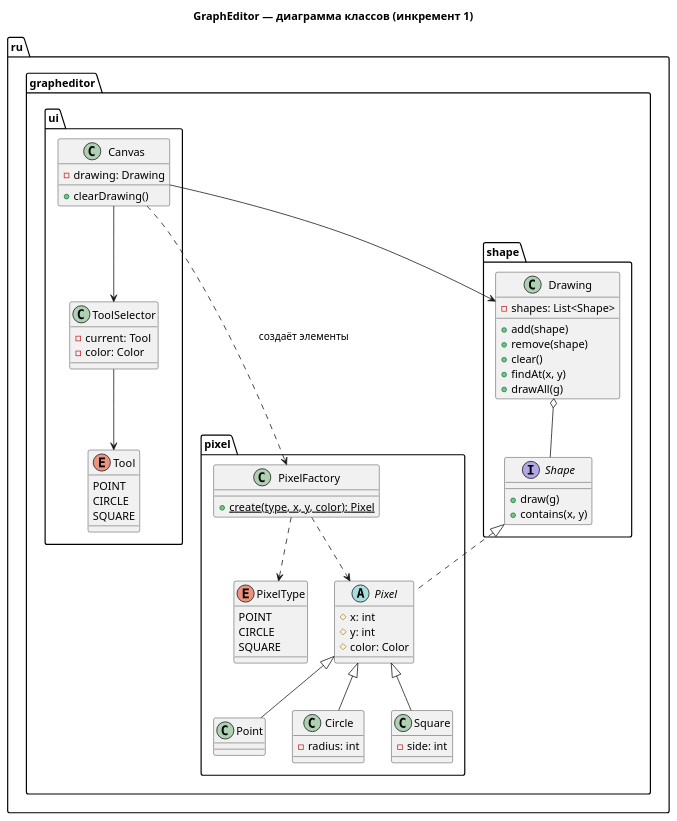
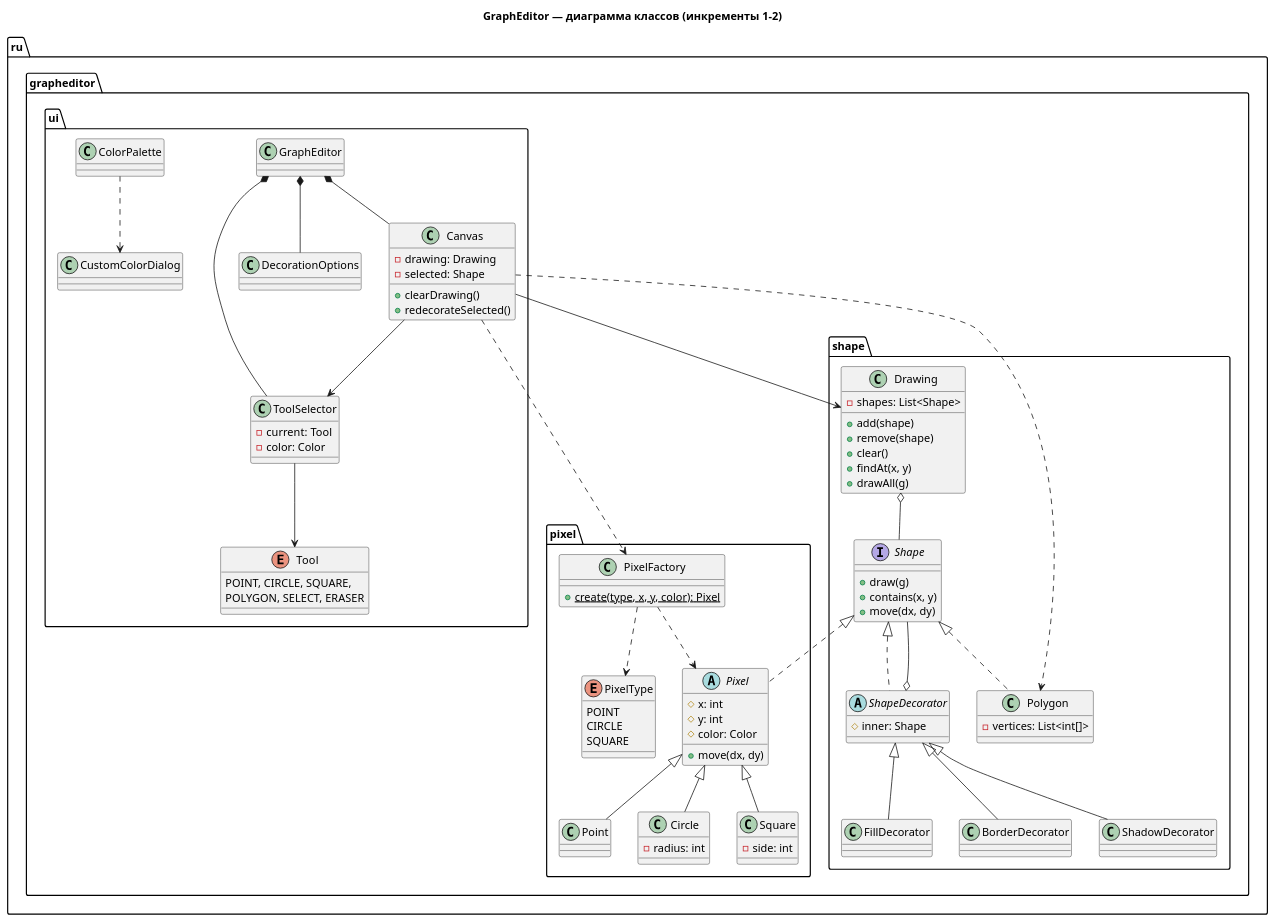
One commit to Umiqit/GraphEditor changed the diagram in docs/uml-class.puml. Above: the diagram before and after it, drawn with PlantUML. The commit also changed 5 other files, not shown here.

```diff
--- a/docs/uml-class.puml
+++ b/docs/uml-class.puml
@@ -1,71 +1,99 @@
 @startuml
-title GraphEditor — диаграмма классов (инкремент 1)
+title GraphEditor — диаграмма классов (инкременты 1–2)
 
 package ru.grapheditor.pixel {
     abstract class Pixel {
         #x: int
         #y: int
         #color: Color
+        +move(dx, dy)
     }
     class Point
     class Circle {
         -radius: int
     }
     class Square {
         -side: int
     }
     enum PixelType {
         POINT
         CIRCLE
         SQUARE
     }
     class PixelFactory {
         +{static} create(type, x, y, color): Pixel
     }
 
     Pixel <|-- Point
     Pixel <|-- Circle
     Pixel <|-- Square
     PixelFactory ..> Pixel
     PixelFactory ..> PixelType
 }
 
 package ru.grapheditor.shape {
     interface Shape {
         +draw(g)
         +contains(x, y)
+        +move(dx, dy)
     }
     class Drawing {
         -shapes: List<Shape>
         +add(shape)
         +remove(shape)
         +clear()
         +findAt(x, y)
         +drawAll(g)
     }
+    class Polygon {
+        -vertices: List<int[]>
+    }
+    abstract class ShapeDecorator {
+        #inner: Shape
+    }
+    class FillDecorator
+    class BorderDecorator
+    class ShadowDecorator
+
     Shape <|.. Pixel
+    Shape <|.. Polygon
+    Shape <|.. ShapeDecorator
+    ShapeDecorator o-- Shape
+    ShapeDecorator <|-- FillDecorator
+    ShapeDecorator <|-- BorderDecorator
+    ShapeDecorator <|-- ShadowDecorator
     Drawing o-- Shape
 }
 
 package ru.grapheditor.ui {
+    class GraphEditor
     class Canvas {
         -drawing: Drawing
+        -selected: Shape
         +clearDrawing()
+        +redecorateSelected()
     }
     class ToolSelector {
         -current: Tool
         -color: Color
     }
     enum Tool {
-        POINT
-        CIRCLE
-        SQUARE
+        POINT, CIRCLE, SQUARE,
+        POLYGON, SELECT, ERASER
     }
+    class DecorationOptions
+    class ColorPalette
+    class CustomColorDialog
 
+    GraphEditor *-- Canvas
+    GraphEditor *-- ToolSelector
+    GraphEditor *-- DecorationOptions
     Canvas --> ToolSelector
     Canvas --> Drawing
     ToolSelector --> Tool
+    ColorPalette ..> CustomColorDialog
 }
 
-Canvas ..> PixelFactory : создаёт элементы
+Canvas ..> PixelFactory
+Canvas ..> Polygon
 @enduml
```
